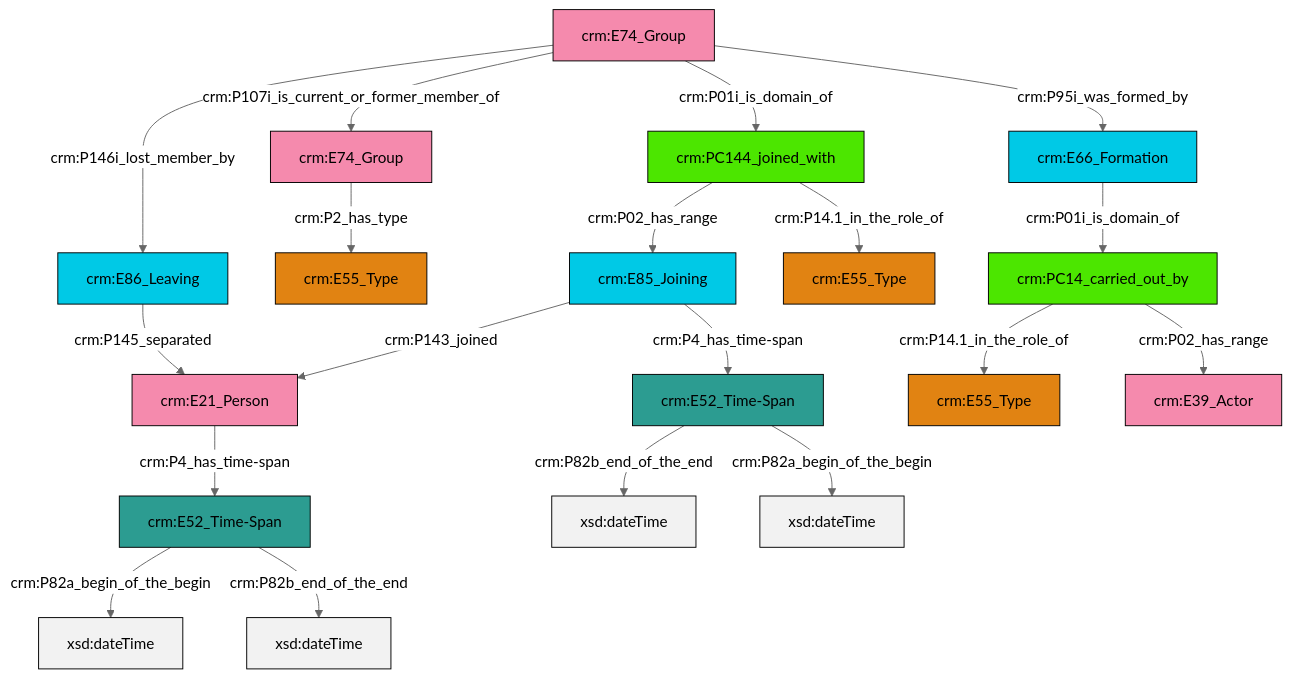
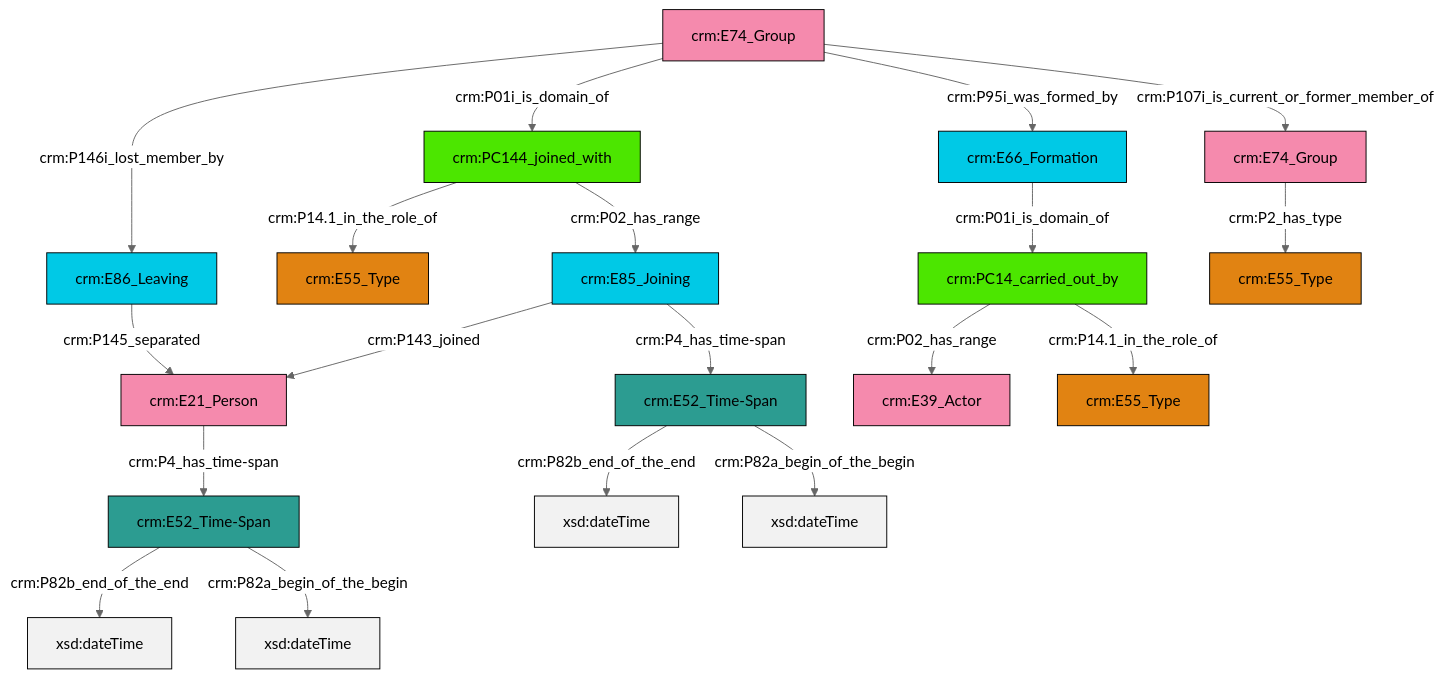
The diagram in et/groupCSV/ttl/mmd/group_actor_relations.ttl.mmd (swiss-art-research-net/docs.swissartresearch), drawn with Mermaid (neutral theme) before and after one commit. The commit also changed 180 other files, not shown here.

```diff
--- a/et/groupCSV/ttl/mmd/group_actor_relations.ttl.mmd
+++ b/et/groupCSV/ttl/mmd/group_actor_relations.ttl.mmd
@@ -1,33 +1,33 @@
 graph TD
 classDef Literal fill:#f2f2f2,stroke:#000000;
 classDef CRM_Entity fill:#FFFFFF,stroke:#000000;
 classDef Temporal_Entity fill:#00C9E6, stroke:#000000;
 classDef Type fill:#E18312, stroke:#000000;
 classDef Time-Span fill:#2C9C91, stroke:#000000;
 classDef Appellation fill:#FFEB7F, stroke:#000000;
 classDef Place fill:#008836, stroke:#000000;
 classDef Persistent_Item fill:#B266B2, stroke:#000000;
 classDef Conceptual_Object fill:#FFD700, stroke:#000000;
 classDef Physical_Thing fill:#D2B48C, stroke:#000000;
 classDef Actor fill:#f58aad, stroke:#000000;
 classDef PC_Classes fill:#4ce600, stroke:#000000;
 classDef Multi fill:#cccccc,stroke:#000000;
 
-0["crm:E74_Group"]:::Actor -->|crm:P2_has_type| 1["crm:E55_Type"]:::Type
-4["crm:PC144_joined_with"]:::PC_Classes -->|crm:P02_has_range| 5["crm:E85_Joining"]:::Temporal_Entity
-8["crm:E74_Group"]:::Actor -->|crm:P146i_lost_member_by| 9["crm:E86_Leaving"]:::Temporal_Entity
-5["crm:E85_Joining"]:::Temporal_Entity -->|crm:P143_joined| 11["crm:E21_Person"]:::Actor
-5["crm:E85_Joining"]:::Temporal_Entity -->|crm:P4_has_time-span| 2["crm:E52_Time-Span"]:::Time-Span
-8["crm:E74_Group"]:::Actor -->|crm:P107i_is_current_or_former_member_of| 0["crm:E74_Group"]:::Actor
-9["crm:E86_Leaving"]:::Temporal_Entity -->|crm:P145_separated| 11["crm:E21_Person"]:::Actor
-2["crm:E52_Time-Span"]:::Time-Span -->|crm:P82b_end_of_the_end| 20[xsd:dateTime]:::Literal
-4["crm:PC144_joined_with"]:::PC_Classes -->|crm:P14.1_in_the_role_of| 12["crm:E55_Type"]:::Type
-21["crm:E66_Formation"]:::Temporal_Entity -->|crm:P01i_is_domain_of| 22["crm:PC14_carried_out_by"]:::PC_Classes
-11["crm:E21_Person"]:::Actor -->|crm:P4_has_time-span| 18["crm:E52_Time-Span"]:::Time-Span
-18["crm:E52_Time-Span"]:::Time-Span -->|crm:P82a_begin_of_the_begin| 23[xsd:dateTime]:::Literal
-22["crm:PC14_carried_out_by"]:::PC_Classes -->|crm:P14.1_in_the_role_of| 6["crm:E55_Type"]:::Type
-8["crm:E74_Group"]:::Actor -->|crm:P01i_is_domain_of| 4["crm:PC144_joined_with"]:::PC_Classes
-2["crm:E52_Time-Span"]:::Time-Span -->|crm:P82a_begin_of_the_begin| 33[xsd:dateTime]:::Literal
-22["crm:PC14_carried_out_by"]:::PC_Classes -->|crm:P02_has_range| 30["crm:E39_Actor"]:::Actor
-8["crm:E74_Group"]:::Actor -->|crm:P95i_was_formed_by| 21["crm:E66_Formation"]:::Temporal_Entity
-18["crm:E52_Time-Span"]:::Time-Span -->|crm:P82b_end_of_the_end| 34[xsd:dateTime]:::Literal
+0["crm:E52_Time-Span"]:::Time-Span -->|crm:P82b_end_of_the_end| 4[xsd:dateTime]:::Literal
+5["crm:E52_Time-Span"]:::Time-Span -->|crm:P82b_end_of_the_end| 6[xsd:dateTime]:::Literal
+5["crm:E52_Time-Span"]:::Time-Span -->|crm:P82a_begin_of_the_begin| 7[xsd:dateTime]:::Literal
+12["crm:E21_Person"]:::Actor -->|crm:P4_has_time-span| 5["crm:E52_Time-Span"]:::Time-Span
+8["crm:E74_Group"]:::Actor -->|crm:P146i_lost_member_by| 15["crm:E86_Leaving"]:::Temporal_Entity
+10["crm:PC144_joined_with"]:::PC_Classes -->|crm:P14.1_in_the_role_of| 16["crm:E55_Type"]:::Type
+20["crm:E85_Joining"]:::Temporal_Entity -->|crm:P143_joined| 12["crm:E21_Person"]:::Actor
+8["crm:E74_Group"]:::Actor -->|crm:P01i_is_domain_of| 10["crm:PC144_joined_with"]:::PC_Classes
+22["crm:E74_Group"]:::Actor -->|crm:P2_has_type| 18["crm:E55_Type"]:::Type
+13["crm:E66_Formation"]:::Temporal_Entity -->|crm:P01i_is_domain_of| 23["crm:PC14_carried_out_by"]:::PC_Classes
+20["crm:E85_Joining"]:::Temporal_Entity -->|crm:P4_has_time-span| 0["crm:E52_Time-Span"]:::Time-Span
+15["crm:E86_Leaving"]:::Temporal_Entity -->|crm:P145_separated| 12["crm:E21_Person"]:::Actor
+8["crm:E74_Group"]:::Actor -->|crm:P95i_was_formed_by| 13["crm:E66_Formation"]:::Temporal_Entity
+0["crm:E52_Time-Span"]:::Time-Span -->|crm:P82a_begin_of_the_begin| 25[xsd:dateTime]:::Literal
+8["crm:E74_Group"]:::Actor -->|crm:P107i_is_current_or_former_member_of| 22["crm:E74_Group"]:::Actor
+23["crm:PC14_carried_out_by"]:::PC_Classes -->|crm:P02_has_range| 30["crm:E39_Actor"]:::Actor
+23["crm:PC14_carried_out_by"]:::PC_Classes -->|crm:P14.1_in_the_role_of| 2["crm:E55_Type"]:::Type
+10["crm:PC144_joined_with"]:::PC_Classes -->|crm:P02_has_range| 20["crm:E85_Joining"]:::Temporal_Entity
```
